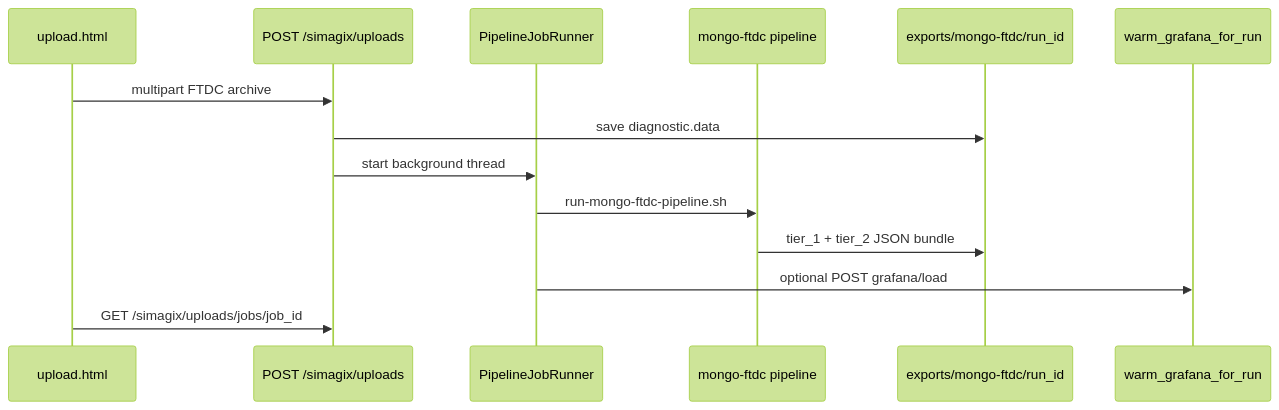
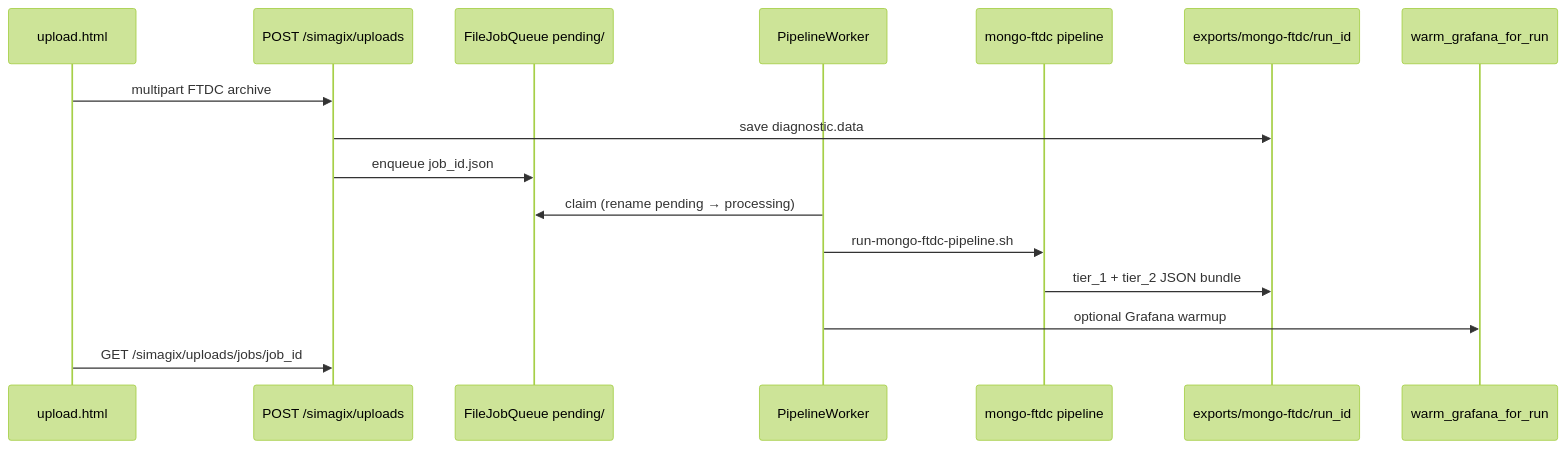
Before and after one commit to Prateek-Agarwal2006/Mongo-Debugger: the third of 7 diagrams in docs/ARCHITECTURE.md, drawn with Mermaid (forest theme). The commit also changed other lines of this file and 18 other files, not shown here.

First line of the commit message:
Add standalone pipeline worker with durable file queue.

````diff
--- a/docs/ARCHITECTURE.md
+++ b/docs/ARCHITECTURE.md
@@ -164,17 +165,19 @@
 ```mermaid
 sequenceDiagram
   participant UI as upload.html
   participant API as POST /simagix/uploads
-  participant Job as PipelineJobRunner
+  participant Q as FileJobQueue pending/
+  participant W as PipelineWorker
   participant Docker as mongo-ftdc pipeline
   participant Disk as exports/mongo-ftdc/run_id
   participant Warm as warm_grafana_for_run
 
   UI->>API: multipart FTDC archive
   API->>Disk: save diagnostic.data
-  API->>Job: start background thread
-  Job->>Docker: run-mongo-ftdc-pipeline.sh
+  API->>Q: enqueue job_id.json
+  W->>Q: claim (rename pending → processing)
+  W->>Docker: run-mongo-ftdc-pipeline.sh
   Docker->>Disk: tier_1 + tier_2 JSON bundle
-  Job->>Warm: optional POST grafana/load
+  W->>Warm: optional Grafana warmup
   UI->>API: GET /simagix/uploads/jobs/job_id
 ```
````
